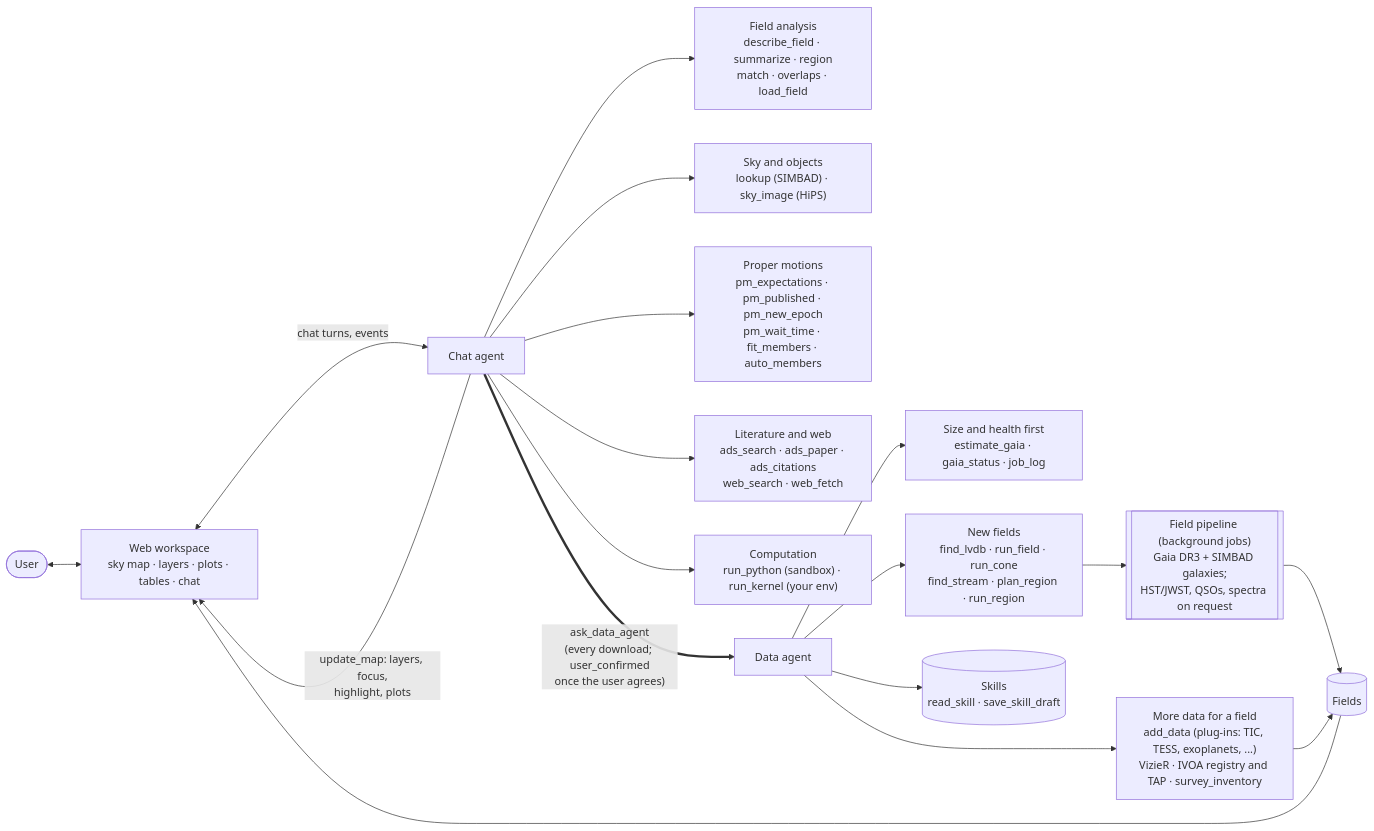
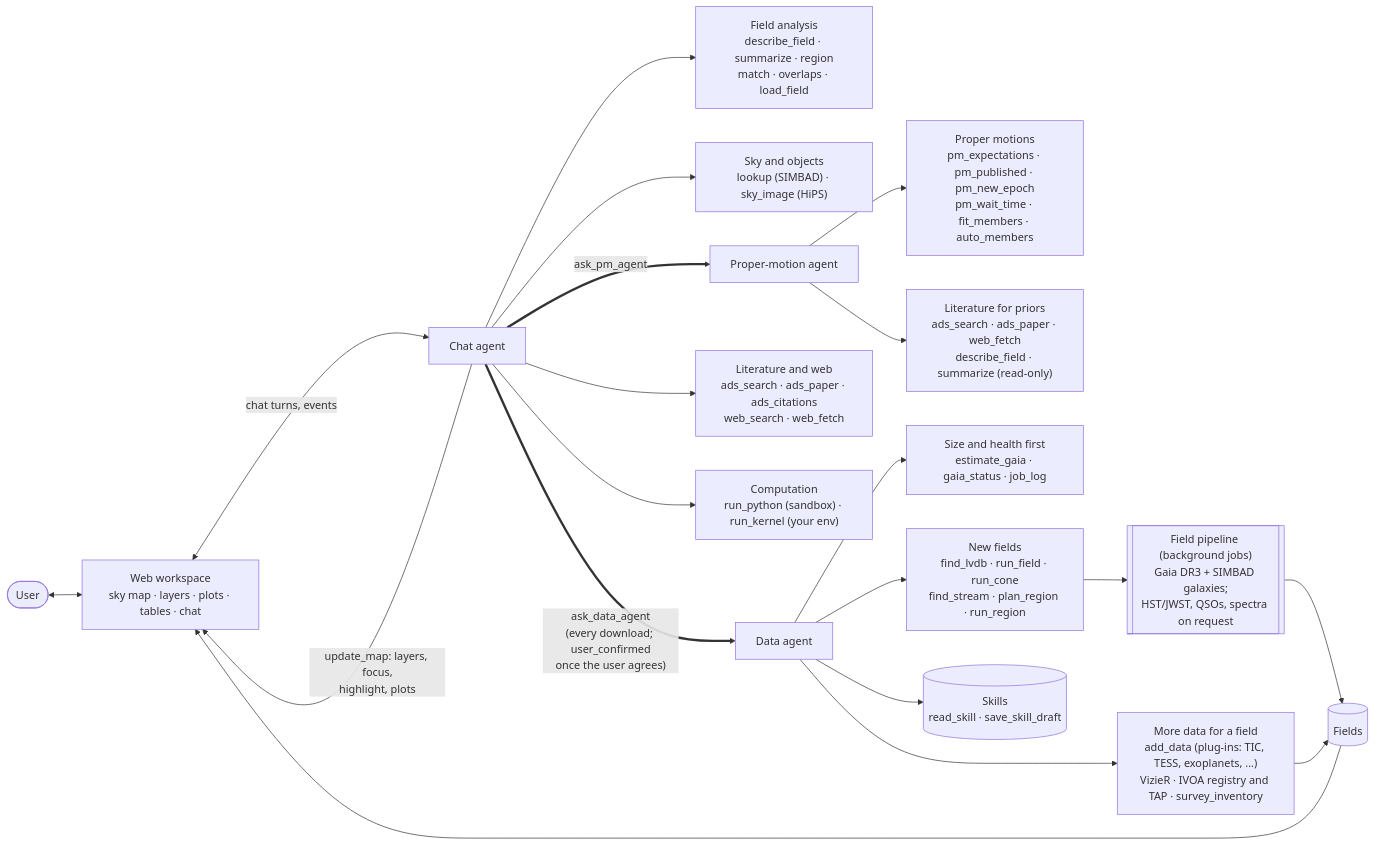
One commit to KevinMcK95/scoop changed the second of 4 diagrams in README.md. Above: the diagram before and after it, drawn with Mermaid. The commit also changed other lines of this file and 9 other files, not shown here.

First line of the commit message:
A proper-motion agent: member selection, fits and planning as a sub-agent

````diff
--- a/README.md
+++ b/README.md
@@ -385,20 +391,22 @@
 ```mermaid
 flowchart LR
     U(["User"]) <--> W["Web workspace<br/>sky map · layers · plots · tables · chat"]
     W <-->|"chat turns, events"| C["Chat agent"]
     C -->|"update_map: layers, focus,<br/>highlight, plots"| W
     C --> F["Field analysis<br/>describe_field · summarize · region<br/>match · overlaps · load_field"]
     C --> LK["Sky and objects<br/>lookup (SIMBAD) · sky_image (HiPS)"]
-    C --> PM["Proper motions<br/>pm_expectations · pm_published · pm_new_epoch<br/>pm_wait_time · fit_members · auto_members"]
+    C ==>|"ask_pm_agent"| PA["Proper-motion agent"]
+    PA --> PM["Proper motions<br/>pm_expectations · pm_published · pm_new_epoch<br/>pm_wait_time · fit_members · auto_members"]
+    PA --> PL["Literature for priors<br/>ads_search · ads_paper · web_fetch<br/>describe_field · summarize (read-only)"]
     C --> LIT["Literature and web<br/>ads_search · ads_paper · ads_citations<br/>web_search · web_fetch"]
     C --> PY["Computation<br/>run_python (sandbox) · run_kernel (your env)"]
     C ==>|"ask_data_agent<br/>(every download; user_confirmed<br/>once the user agrees)"| D["Data agent"]
     D --> SZ["Size and health first<br/>estimate_gaia · gaia_status · job_log"]
     D --> NF["New fields<br/>find_lvdb · run_field · run_cone<br/>find_stream · plan_region · run_region"]
     D --> AD["More data for a field<br/>add_data (plug-ins: TIC, TESS, exoplanets, ...)<br/>VizieR · IVOA registry and TAP · survey_inventory"]
     D --> SK[("Skills<br/>read_skill · save_skill_draft")]
     NF --> J[["Field pipeline (background jobs)<br/>Gaia DR3 + SIMBAD galaxies;<br/>HST/JWST, QSOs, spectra on request"]]
     J --> FS[("Fields")]
     AD --> FS
     FS --> W
 ```
````
